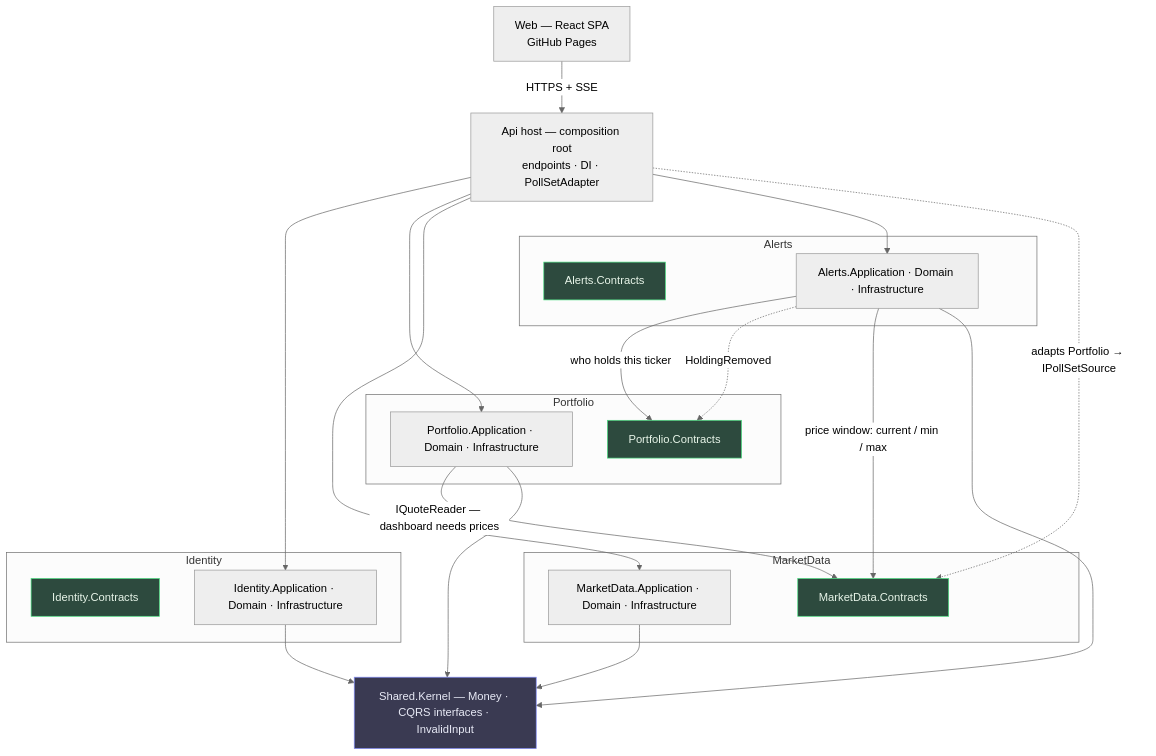
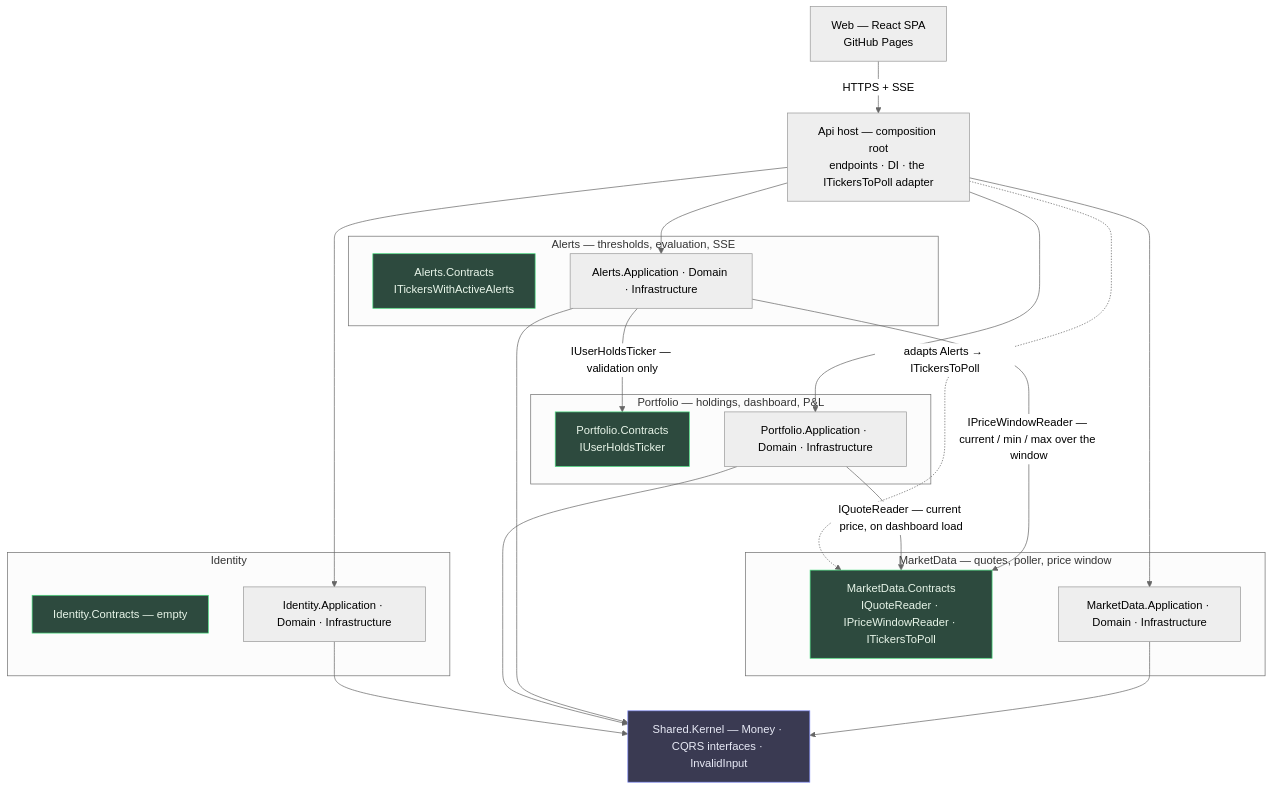
One commit to Dilicidum/StockPortfolio changed the first of 4 diagrams in docs/plan/module-interactions.md. Above: the diagram before and after it, drawn with Mermaid (neutral theme). The commit also changed other lines of this file and 97 other files, not shown here.

````diff
--- a/docs/plan/module-interactions.md
+++ b/docs/plan/module-interactions.md
@@ -9,50 +17,49 @@
 ```mermaid
 flowchart TB
     Web["Web — React SPA<br/>GitHub Pages"]
-    Host["Api host — composition root<br/>endpoints · DI · PollSetAdapter"]
+    Host["Api host — composition root<br/>endpoints · DI · the ITickersToPoll adapter"]
 
     subgraph Id["Identity"]
-        IdC["Identity.Contracts"]
+        IdC["Identity.Contracts — empty"]
         IdI["Identity.Application · Domain · Infrastructure"]
     end
 
-    subgraph Al["Alerts"]
-        AlC["Alerts.Contracts"]
+    subgraph Pf["Portfolio — holdings, dashboard, P&amp;L"]
+        PfC["Portfolio.Contracts<br/>IUserHoldsTicker"]
+        PfI["Portfolio.Application · Domain · Infrastructure"]
+    end
+
+    subgraph Al["Alerts — thresholds, evaluation, SSE"]
+        AlC["Alerts.Contracts<br/>ITickersWithActiveAlerts"]
         AlI["Alerts.Application · Domain · Infrastructure"]
     end
 
-    subgraph Pf["Portfolio"]
-        PfC["Portfolio.Contracts"]
-        PfI["Portfolio.Application · Domain · Infrastructure"]
-    end
-
-    subgraph Md["MarketData"]
-        MdC["MarketData.Contracts"]
+    subgraph Md["MarketData — quotes, poller, price window"]
+        MdC["MarketData.Contracts<br/>IQuoteReader · IPriceWindowReader · ITickersToPoll"]
         MdI["MarketData.Application · Domain · Infrastructure"]
     end
 
     SK["Shared.Kernel — Money · CQRS interfaces · InvalidInput"]
 
     Web -->|HTTPS + SSE| Host
     Host --> IdI
     Host --> PfI
+    Host --> AlI
     Host --> MdI
-    Host --> AlI
-    Host -.->|"adapts Portfolio → IPollSetSource"| MdC
+    Host -.->|"adapts Alerts → ITickersToPoll"| MdC
 
-    AlI -->|"who holds this ticker"| PfC
-    AlI -.->|HoldingRemoved| PfC
-    AlI -->|"price window: current / min / max"| MdC
-    PfI -->|"IQuoteReader — dashboard needs prices"| MdC
+    PfI -->|"IQuoteReader — current price, on dashboard load"| MdC
+    AlI -->|"IPriceWindowReader — current / min / max over the window"| MdC
+    AlI -->|"IUserHoldsTicker — validation only"| PfC
 
     IdI --> SK
     PfI --> SK
+    AlI --> SK
     MdI --> SK
-    AlI --> SK
 
     style IdC fill:#2d4a3e,stroke:#4ade80,color:#e8f5e9
     style PfC fill:#2d4a3e,stroke:#4ade80,color:#e8f5e9
+    style AlC fill:#2d4a3e,stroke:#4ade80,color:#e8f5e9
     style MdC fill:#2d4a3e,stroke:#4ade80,color:#e8f5e9
-    style AlC fill:#2d4a3e,stroke:#4ade80,color:#e8f5e9
     style SK fill:#3a3a52,stroke:#818cf8,color:#e8eaf6
 ```
````
